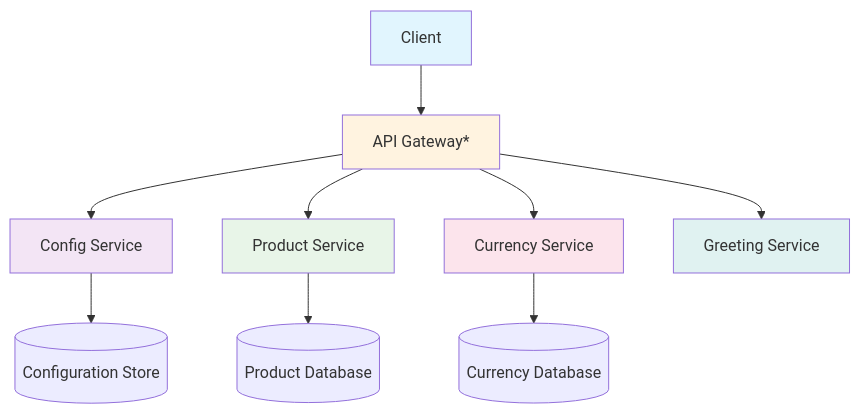
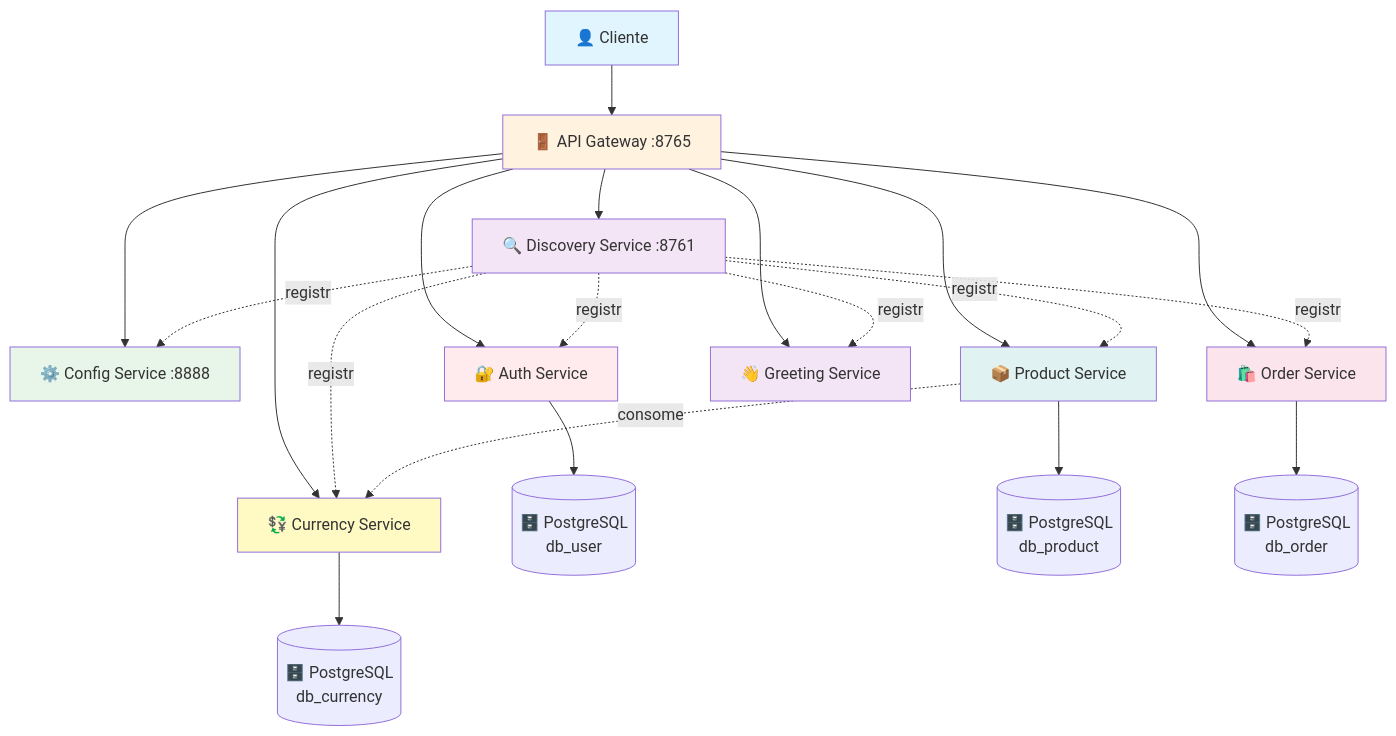
The diagram in README.md (AndersonBohnem/micro-services-application), drawn with Mermaid before and after one commit. The commit also changed other lines of this file, not shown here.

````diff
--- a/README.md
+++ b/README.md
@@ -32,19 +36,36 @@
 ```mermaid
 graph TB
-    A[Client] --> B[API Gateway*]
-    B --> C[Config Service]
-    B --> D[Product Service]
-    B --> E[Currency Service] 
-    B --> F[Greeting Service]
+    Client[👤 Cliente] --> Gateway[🚪 API Gateway :8765]
     
-    C --> G[(Configuration Store)]
-    D --> H[(Product Database)]
-    E --> I[(Currency Database)]
+    Gateway --> Discovery[🔍 Discovery Service :8761]
+    Gateway --> Config[⚙️ Config Service :8888]
+    Gateway --> Auth[🔐 Auth Service]
+    Gateway --> Product[📦 Product Service]
+    Gateway --> Order[🛍️ Order Service]
+    Gateway --> Currency[💱 Currency Service]
+    Gateway --> Greeting[👋 Greeting Service]
     
-    style A fill:#e1f5fe
-    style B fill:#fff3e0
-    style C fill:#f3e5f5
-    style D fill:#e8f5e8
-    style E fill:#fce4ec
-    style F fill:#e0f2f1
+    Discovery -.registro.-> Config
+    Discovery -.registro.-> Auth
+    Discovery -.registro.-> Product
+    Discovery -.registro.-> Order
+    Discovery -.registro.-> Currency
+    Discovery -.registro.-> Greeting
+    
+    Auth --> DBUser[(🗄️ PostgreSQL<br/>db_user)]
+    Product --> DBProduct[(🗄️ PostgreSQL<br/>db_product)]
+    Order --> DBOrder[(🗄️ PostgreSQL<br/>db_order)]
+    Currency --> DBCurrency[(🗄️ PostgreSQL<br/>db_currency)]
+    
+    Product -.consome.-> Currency
+    
+    style Client fill:#e1f5fe
+    style Gateway fill:#fff3e0
+    style Discovery fill:#f3e5f5
+    style Config fill:#e8f5e9
+    style Auth fill:#ffebee
+    style Product fill:#e0f2f1
+    style Order fill:#fce4ec
+    style Currency fill:#fff9c4
+    style Greeting fill:#f3e5f5
 ```
````
